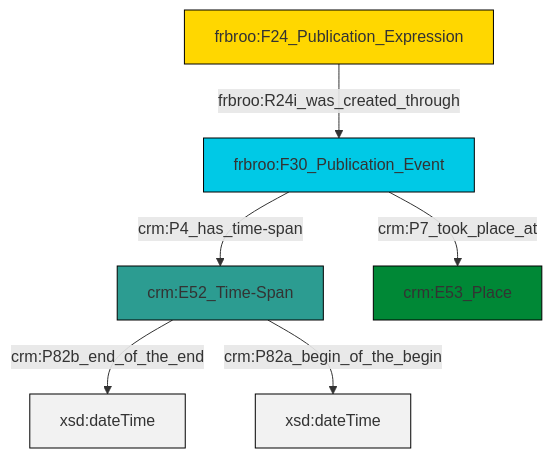
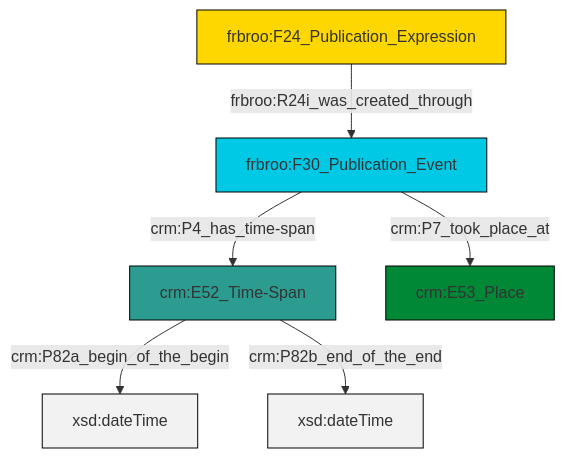
The diagram in et/biblioCSV/ttl/mmd/biblio_existence.ttl.mmd (swiss-art-research-net/reference-data-models), drawn with Mermaid before and after one commit. The commit also changed 128 other files, not shown here.

```diff
--- a/et/biblioCSV/ttl/mmd/biblio_existence.ttl.mmd
+++ b/et/biblioCSV/ttl/mmd/biblio_existence.ttl.mmd
@@ -1,20 +1,20 @@
 graph TD
 classDef Literal fill:#f2f2f2,stroke:#000000;
 classDef CRM_Entity fill:#FFFFFF,stroke:#000000;
 classDef Temporal_Entity fill:#00C9E6, stroke:#000000;
 classDef Type fill:#E18312, stroke:#000000;
 classDef Time-Span fill:#2C9C91, stroke:#000000;
 classDef Appellation fill:#FFEB7F, stroke:#000000;
 classDef Place fill:#008836, stroke:#000000;
 classDef Persistent_Item fill:#B266B2, stroke:#000000;
 classDef Conceptual_Object fill:#FFD700, stroke:#000000;
 classDef Physical_Thing fill:#D2B48C, stroke:#000000;
 classDef Actor fill:#f58aad, stroke:#000000;
 classDef PC_Classes fill:#4ce600, stroke:#000000;
 classDef Multi fill:#cccccc,stroke:#000000;
 
-2["frbroo:F30_Publication_Event"]:::Temporal_Entity -->|crm:P7_took_place_at| 3["crm:E53_Place"]:::Place
-0["crm:E52_Time-Span"]:::Time-Span -->|crm:P82b_end_of_the_end| 4[xsd:dateTime]:::Literal
-2["frbroo:F30_Publication_Event"]:::Temporal_Entity -->|crm:P4_has_time-span| 0["crm:E52_Time-Span"]:::Time-Span
-0["crm:E52_Time-Span"]:::Time-Span -->|crm:P82a_begin_of_the_begin| 8[xsd:dateTime]:::Literal
-5["frbroo:F24_Publication_Expression"]:::Conceptual_Object -->|frbroo:R24i_was_created_through| 2["frbroo:F30_Publication_Event"]:::Temporal_Entity
+0["frbroo:F30_Publication_Event"]:::Temporal_Entity -->|crm:P4_has_time-span| 1["crm:E52_Time-Span"]:::Time-Span
+1["crm:E52_Time-Span"]:::Time-Span -->|crm:P82a_begin_of_the_begin| 6[xsd:dateTime]:::Literal
+2["frbroo:F24_Publication_Expression"]:::Conceptual_Object -->|frbroo:R24i_was_created_through| 0["frbroo:F30_Publication_Event"]:::Temporal_Entity
+1["crm:E52_Time-Span"]:::Time-Span -->|crm:P82b_end_of_the_end| 9[xsd:dateTime]:::Literal
+0["frbroo:F30_Publication_Event"]:::Temporal_Entity -->|crm:P7_took_place_at| 4["crm:E53_Place"]:::Place
```
